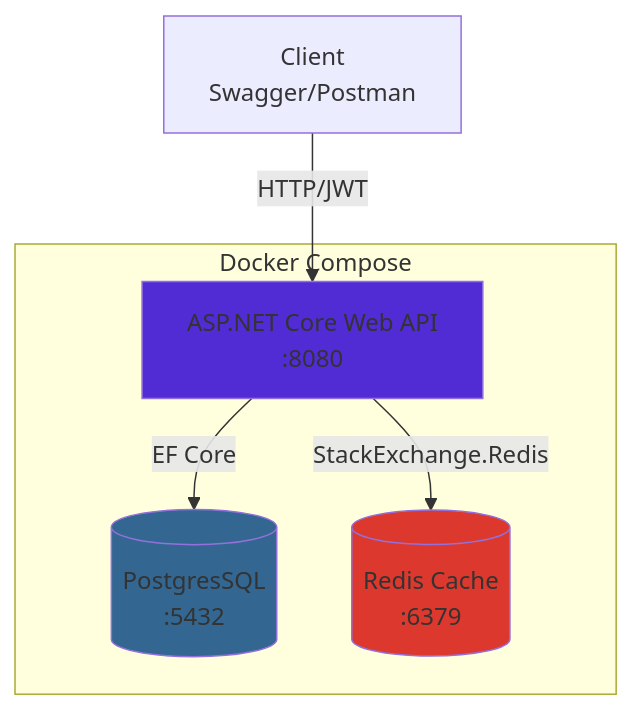
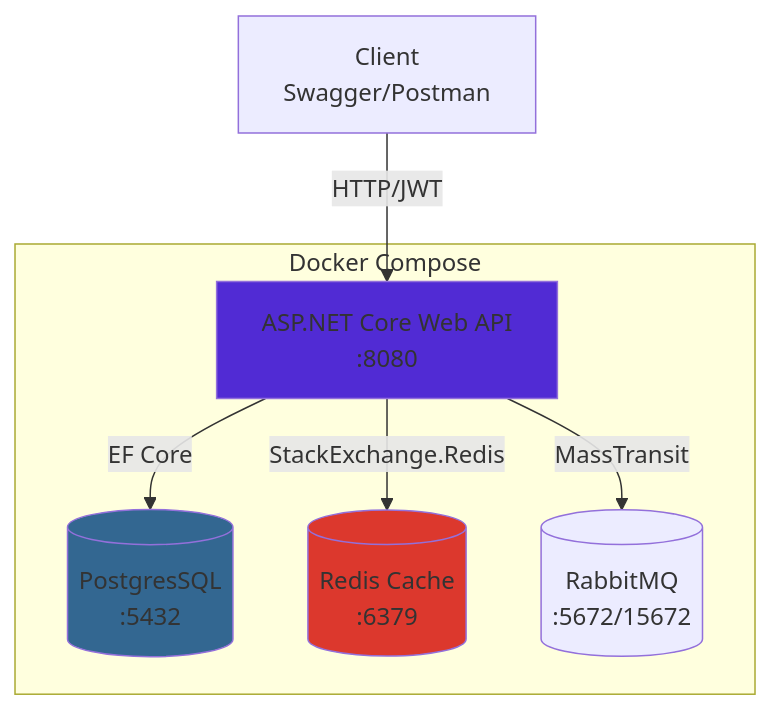
Before and after one commit to er4se/NotesApi: the first of 2 diagrams in README.md, drawn with Mermaid. The commit also changed other lines of this file, not shown here.

````diff
--- a/README.md
+++ b/README.md
@@ -60,21 +61,25 @@
 ```mermaid
 graph TB
   Client[Client<br/>Swagger/Postman]
   API[ASP.NET Core Web API<br/>:8080]
   PG[(PostgresSQL<br/>:5432)]
   RD[(Redis Cache<br/>:6379)]
+  RMQ[(RabbitMQ<br/>:5672/15672)]
 
   Client -->|HTTP/JWT| API
   API -->|EF Core| PG
   API -->|StackExchange.Redis| RD
+  API -->|MassTransit| RMQ
 
   subgraph Docker Compose
     API
     PG
     RD
+    RMQ
   end
 
   style API fill:#512BD4
   style PG fill:#336791
   style RD fill:#DC382D
+  style RMQ fill#FF6600
 ```
````
